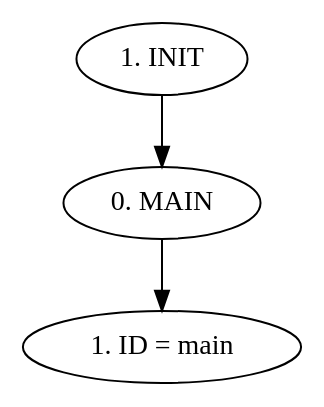
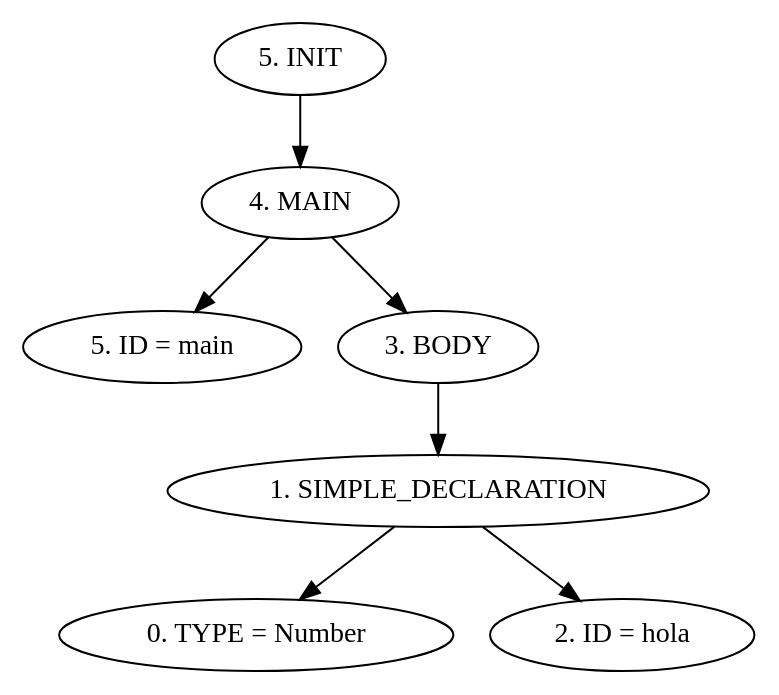
The diagram in src/AST/AST.dot (Carlosvhz/compiladores_proyecto), drawn with Graphviz before and after one commit. The commit also changed 4 other files, not shown here.

```diff
--- a/src/AST/AST.dot
+++ b/src/AST/AST.dot
@@ -1,6 +1,10 @@
 digraph G {
-"1. INIT"->"0. MAIN"
-"0. MAIN"->"1. ID = main"
+"5. INIT"->"4. MAIN"
+"4. MAIN"->"5. ID = main"
+"4. MAIN"->"3. BODY"
+"3. BODY"->"1. SIMPLE_DECLARATION"
+"1. SIMPLE_DECLARATION"->"0. TYPE = Number"
+"1. SIMPLE_DECLARATION"->"2. ID = hola"
 
 
 }
```
